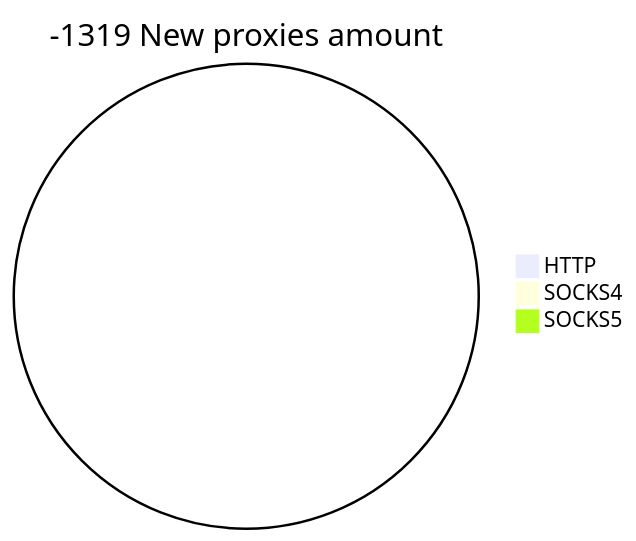
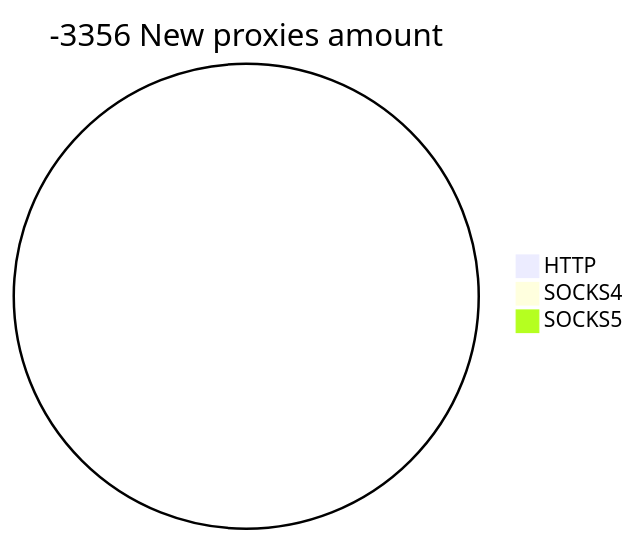
The second of 2 diagrams in README.md (cutipu/proxylist), drawn with Mermaid before and after one commit. The commit also changed other lines of this file, not shown here.

````diff
--- a/README.md
+++ b/README.md
@@ -10,6 +10,6 @@
 ```mermaid
-pie title -1319 New proxies amount
+pie title -3356 New proxies amount
     "HTTP" : 0
     "SOCKS4" : 0
     "SOCKS5" : 0
 ```
````
